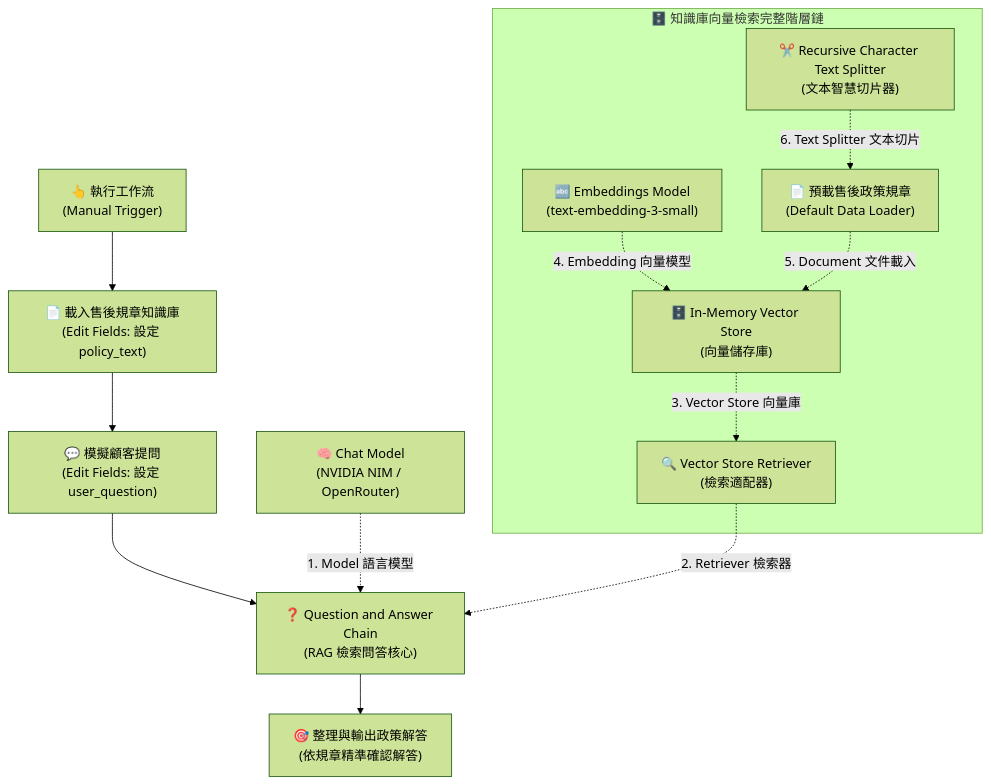
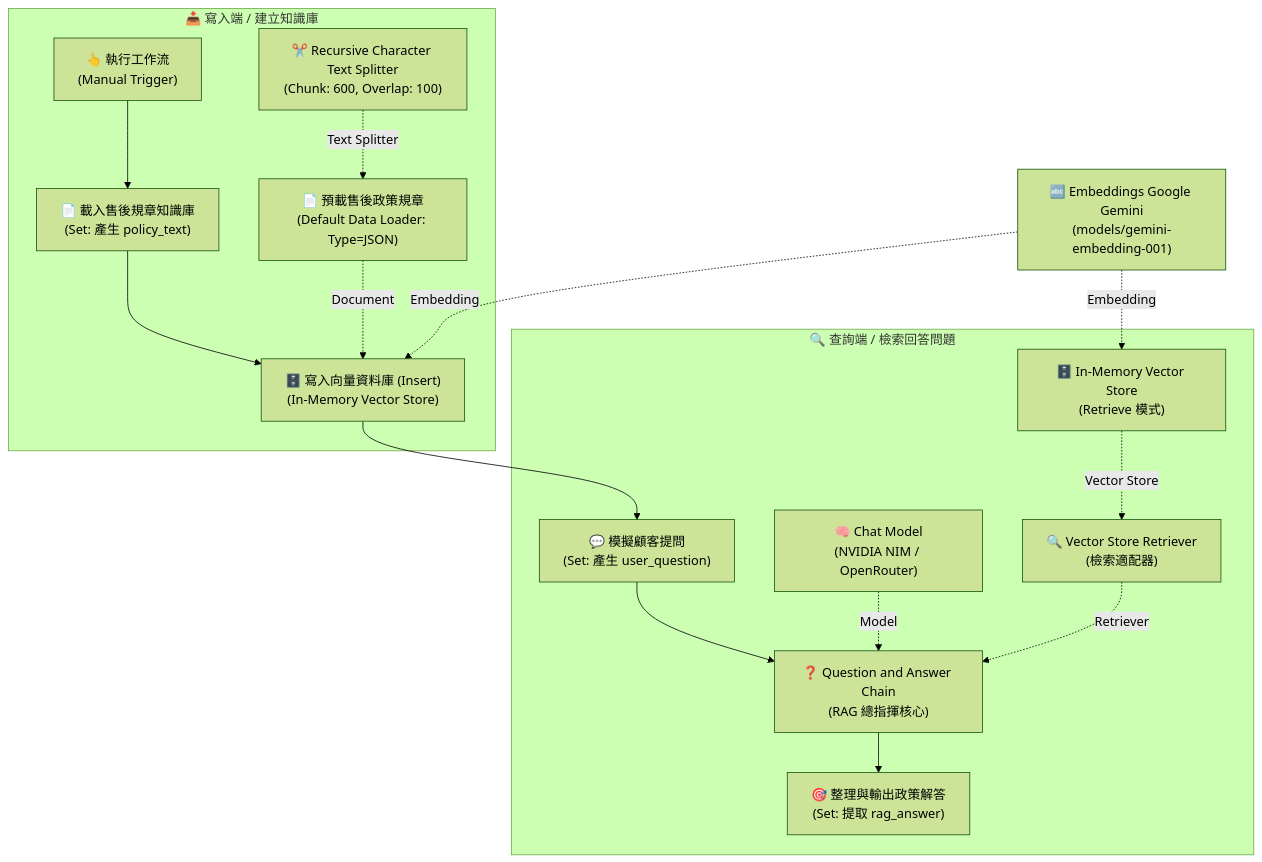
One commit to roberthsu2003/n8n changed the diagram in AI_Agent/階段一_基礎專用AI節點/Question_and_Answer_Chain/README.md. Above: the diagram before and after it, drawn with Mermaid (forest theme). The commit also changed other lines of this file and 1 other file, not shown here.

````diff
--- a/AI_Agent/階段一_基礎專用AI節點/Question_and_Answer_Chain/README.md
+++ b/AI_Agent/階段一_基礎專用AI節點/Question_and_Answer_Chain/README.md
@@ -19,24 +31,23 @@
 ```mermaid
 flowchart TD
-    Trigger["👆 執行工作流<br/>(Manual Trigger)"] --> LoadDoc["📄 載入售後規章知識庫<br/>(Edit Fields: 設定 policy_text)"]
-    LoadDoc --> Question["💬 模擬顧客提問<br/>(Edit Fields: 設定 user_question)"]
-    Question --> QAChain["❓ Question and Answer Chain<br/>(RAG 檢索問答核心)"]
-    QAChain --> Answer["🎯 整理與輸出政策解答<br/>(依規章精準確認解答)"]
-    
-    Model["🧠 Chat Model<br/>(NVIDIA NIM / OpenRouter)"] -.->|1. Model 語言模型| QAChain
-    
-    subgraph RAG_Stack ["🗄️ 知識庫向量檢索完整階層鏈"]
-        RetrieverNode["🔍 Vector Store Retriever<br/>(檢索適配器)"]
-        VectorStore["🗄️ In-Memory Vector Store<br/>(向量儲存庫)"]
-        Embeddings["🔤 Embeddings Model<br/>(text-embedding-3-small)"]
-        DocLoader["📄 預載售後政策規章<br/>(Default Data Loader)"]
-        Splitter["✂️ Recursive Character Text Splitter<br/>(文本智慧切片器)"]
+    subgraph Write_Pipeline ["📥 寫入端 / 建立知識庫"]
+        Trigger["👆 執行工作流<br/>(Manual Trigger)"] --> LoadDoc["📄 載入售後規章知識庫<br/>(Set: 產生 policy_text)"]
+        LoadDoc --> InsertVS["🗄️ 寫入向量資料庫 (Insert)<br/>(In-Memory Vector Store)"]
         
-        VectorStore -.->|3. Vector Store 向量庫| RetrieverNode
-        Embeddings -.->|4. Embedding 向量模型| VectorStore
-        DocLoader -.->|5. Document 文件載入| VectorStore
-        Splitter -.->|6. Text Splitter 文本切片| DocLoader
+        DocLoader["📄 預載售後政策規章<br/>(Default Data Loader: Type=JSON)"] -.->|Document| InsertVS
+        Splitter["✂️ Recursive Character Text Splitter<br/>(Chunk: 600, Overlap: 100)"] -.->|Text Splitter| DocLoader
     end
 
-    RetrieverNode -.->|2. Retriever 檢索器| QAChain
+    subgraph Read_Pipeline ["🔍 查詢端 / 檢索回答問題"]
+        InsertVS --> Question["💬 模擬顧客提問<br/>(Set: 產生 user_question)"]
+        Question --> QAChain["❓ Question and Answer Chain<br/>(RAG 總指揮核心)"]
+        QAChain --> Answer["🎯 整理與輸出政策解答<br/>(Set: 提取 rag_answer)"]
+        
+        ChatModel["🧠 Chat Model<br/>(NVIDIA NIM / OpenRouter)"] -.->|Model| QAChain
+        Retriever["🔍 Vector Store Retriever<br/>(檢索適配器)"] -.->|Retriever| QAChain
+        RetrieveVS["🗄️ In-Memory Vector Store<br/>(Retrieve 模式)"] -.->|Vector Store| Retriever
+    end
+
+    SharedEmbed["🔤 Embeddings Google Gemini<br/>(models/gemini-embedding-001)"] -.->|Embedding| InsertVS
+    SharedEmbed -.->|Embedding| RetrieveVS
 ```
````
